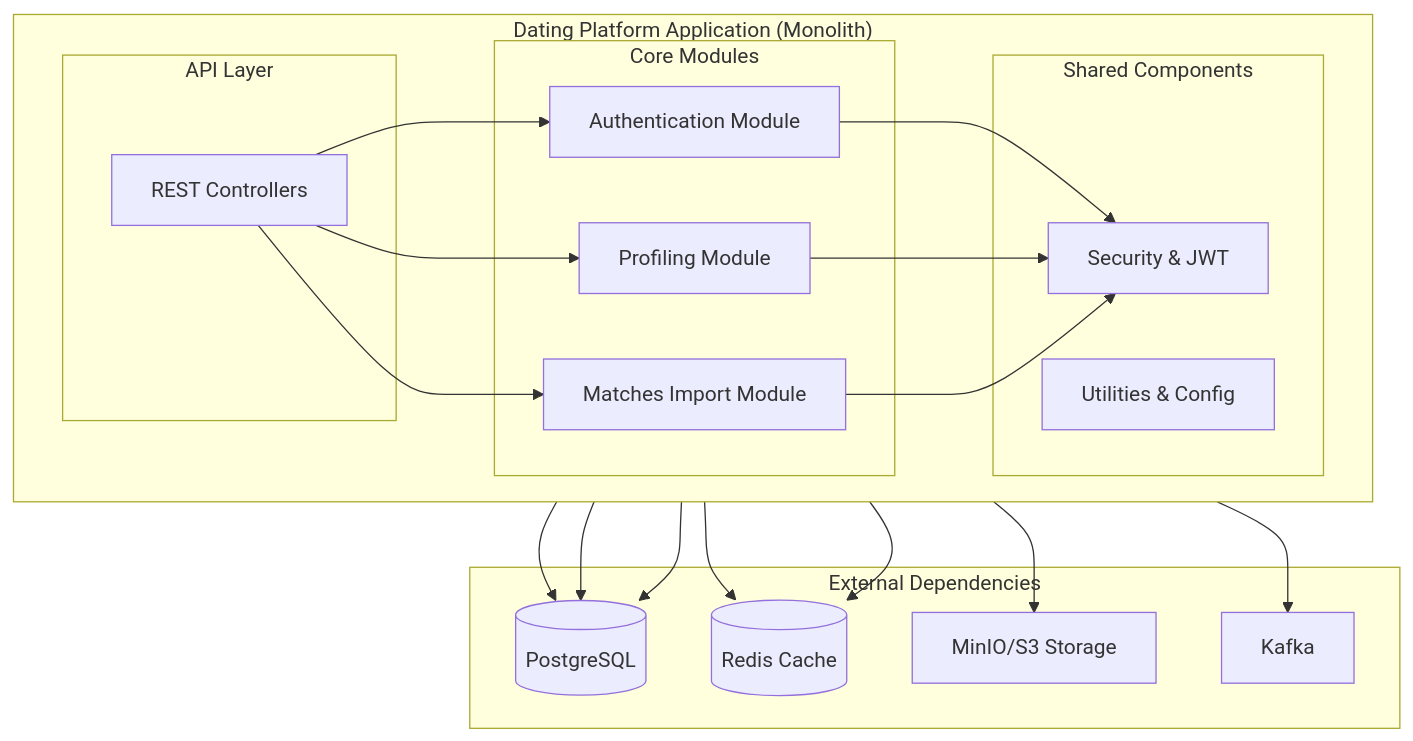
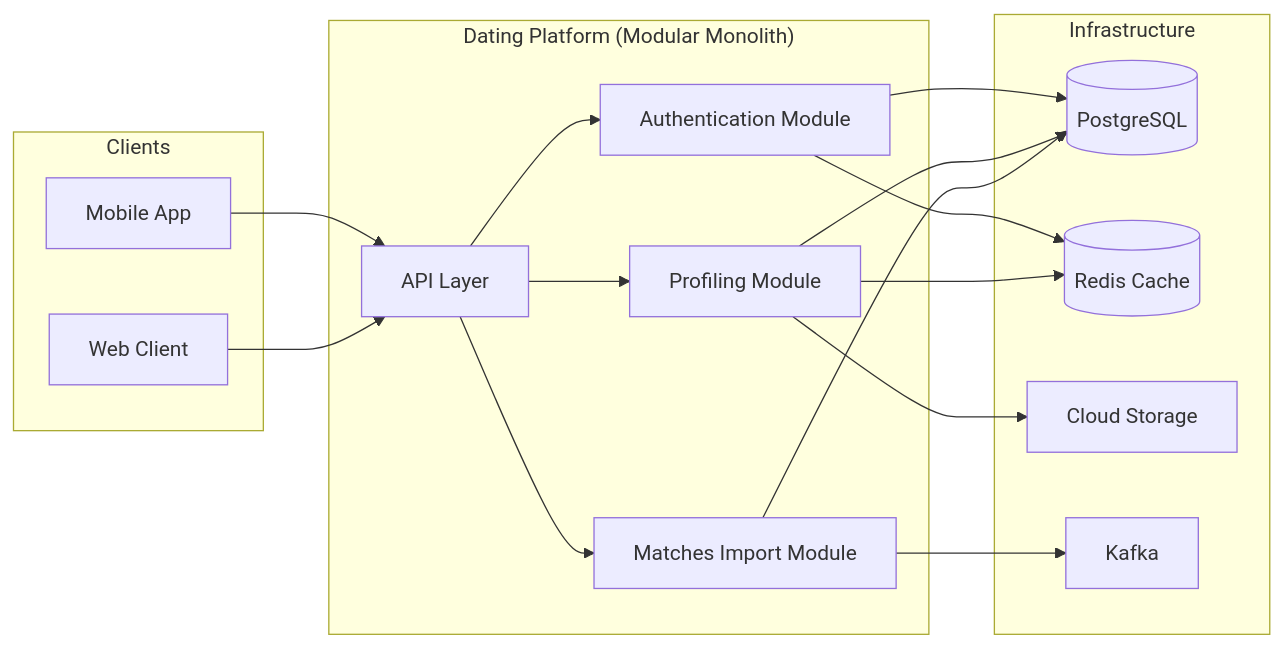
One commit to kagit00/flairbit changed the diagram in Readme.md. Above: the diagram before and after it, drawn with Mermaid. The commit also changed other lines of this file, not shown here.

````diff
--- a/Readme.md
+++ b/Readme.md
@@ -14,42 +14,34 @@
 ```mermaid
-graph TB
-    subgraph "Dating Platform Application (Monolith)"
-        direction LR
-        subgraph "API Layer"
-            A[REST Controllers]
-        end
-
-        subgraph "Core Modules"
-            B[Authentication Module]
-            C[Profiling Module]
-            D[Matches Import Module]
-        end
-
-        subgraph "Shared Components"
-            E[Security & JWT]
-            F[Utilities & Config]
-        end
-
-        A --> B
-        A --> C
-        A --> D
-        B --> E
-        C --> E
-        D --> E
+graph LR
+    subgraph Clients
+        A[Mobile App]
+        B[Web Client]
     end
 
-    subgraph "External Dependencies"
+    subgraph "Dating Platform (Modular Monolith)"
+        C[API Layer]
+        D[Authentication Module]
+        E[Profiling Module]
+        F[Matches Import Module]
+    end
+
+    subgraph "Infrastructure"
         G[(PostgreSQL)]
         H[(Redis Cache)]
-        I[MinIO/S3 Storage]
+        I[Cloud Storage]
         J[Kafka]
     end
 
-    B --> G
-    B --> H
-    C --> G
-    C --> H
-    C --> I
+    A --> C
+    B --> C
+    C --> D
+    C --> E
+    C --> F
     D --> G
-    D --> J
+    D --> H
+    E --> G
+    E --> H
+    E --> I
+    F --> G
+    F --> J
 ```
````
